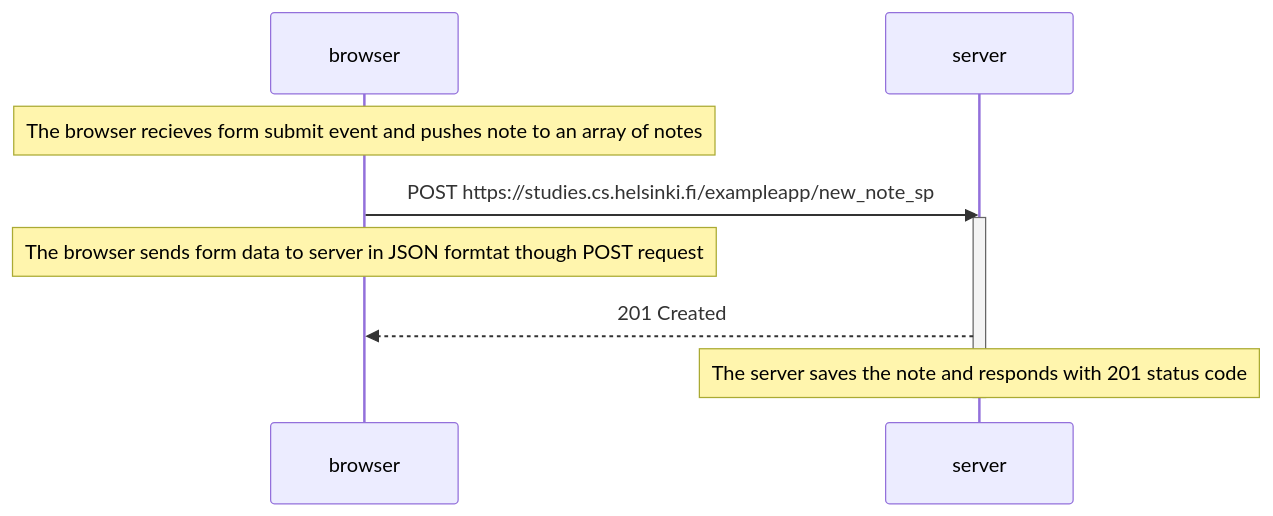
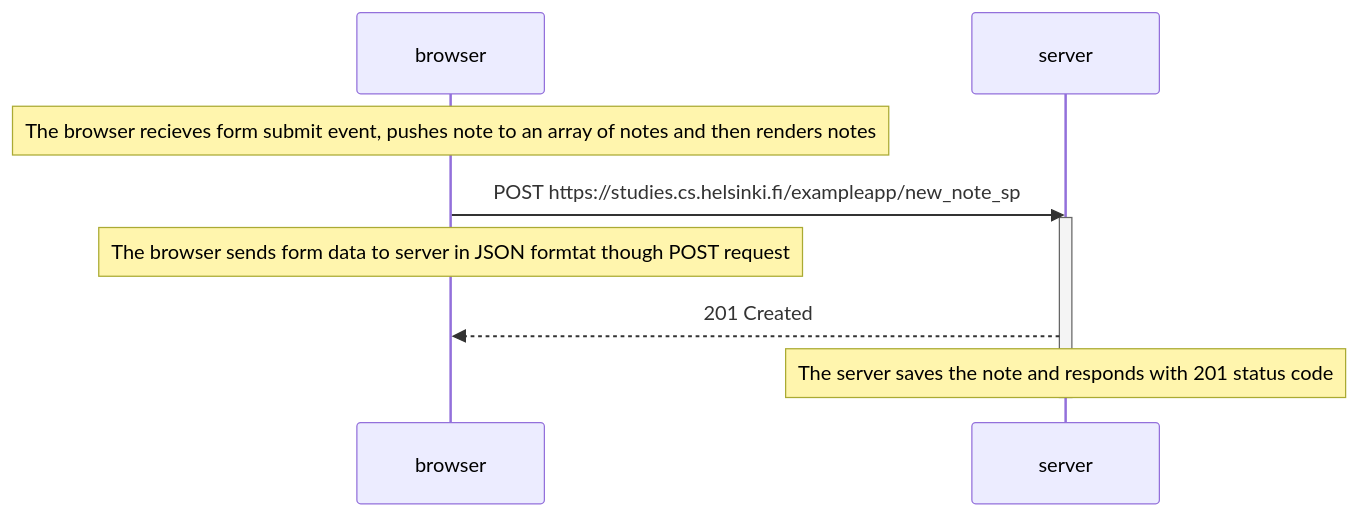
Before and after one commit to crunchydeer30/full-stack-open: the diagram in part0/0.6.md, drawn with Mermaid.

````diff
--- a/part0/0.6.md
+++ b/part0/0.6.md
@@ -1,13 +1,13 @@
 ```mermaid
 sequenceDiagram
 participant browser
 participant server
 
-    note over browser: The browser recieves form submit event and pushes note to an array of notes
+    note over browser: The browser recieves form submit event, pushes note to an array of notes and then renders notes
     browser->>server: POST https://studies.cs.helsinki.fi/exampleapp/new_note_sp
     activate server
     note over browser: The browser sends form data to server in JSON formtat though POST request
     server-->>browser: 201 Created
     note over server: The server saves the note and responds with 201 status code
     deactivate server
 ```
````
